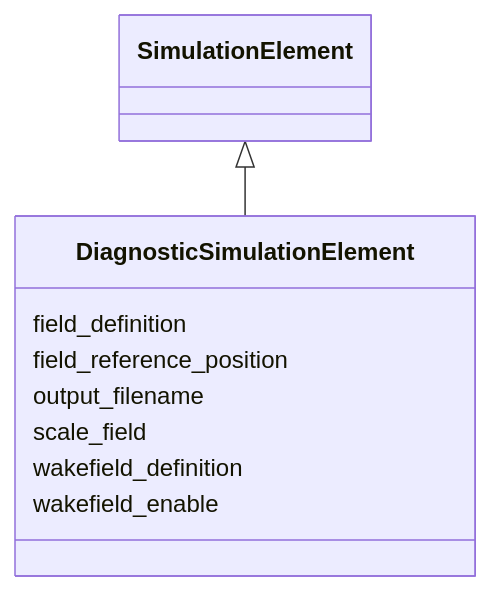
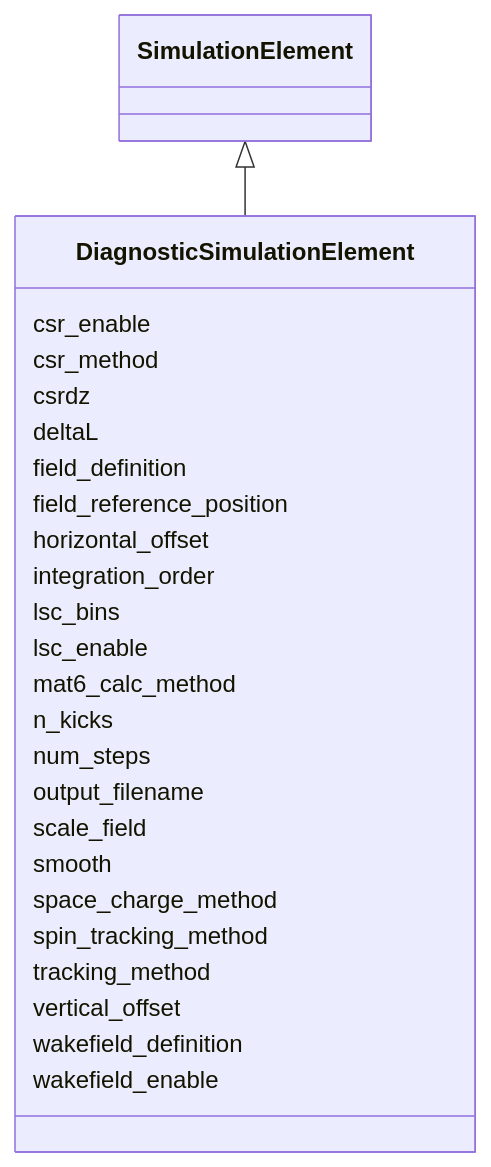
Before and after one commit to astec-stfc/laura: the diagram in docs/source/schema/DiagnosticSimulationElement.md, drawn with Mermaid. The commit also changed other lines of this file and 63 other files, not shown here.

Commit message:
updatedn schema to consolidate SimulationElement parameters that were shared among subclasses; implemented tracking methods for bmad

````diff
--- a/docs/source/schema/DiagnosticSimulationElement.md
+++ b/docs/source/schema/DiagnosticSimulationElement.md
@@ -18,21 +18,53 @@
 ```mermaid
  classDiagram
     class DiagnosticSimulationElement
     click DiagnosticSimulationElement href "../DiagnosticSimulationElement/"
       SimulationElement <|-- DiagnosticSimulationElement
         click SimulationElement href "../SimulationElement/"
-      
+
+      DiagnosticSimulationElement : csr_enable
+
+      DiagnosticSimulationElement : csr_method
+
+      DiagnosticSimulationElement : csrdz
+
+      DiagnosticSimulationElement : deltaL
+
       DiagnosticSimulationElement : field_definition
-        
+
       DiagnosticSimulationElement : field_reference_position
-        
+
+      DiagnosticSimulationElement : horizontal_offset
+
+      DiagnosticSimulationElement : integration_order
+
+      DiagnosticSimulationElement : lsc_bins
+
+      DiagnosticSimulationElement : lsc_enable
+
+      DiagnosticSimulationElement : mat6_calc_method
+
+      DiagnosticSimulationElement : n_kicks
+
+      DiagnosticSimulationElement : num_steps
+
       DiagnosticSimulationElement : output_filename
-        
+
       DiagnosticSimulationElement : scale_field
-        
+
+      DiagnosticSimulationElement : smooth
+
+      DiagnosticSimulationElement : space_charge_method
+
+      DiagnosticSimulationElement : spin_tracking_method
+
+      DiagnosticSimulationElement : tracking_method
+
+      DiagnosticSimulationElement : vertical_offset
+
       DiagnosticSimulationElement : wakefield_definition
-        
+
       DiagnosticSimulationElement : wakefield_enable
-        
-      
+
+
 ```
````
